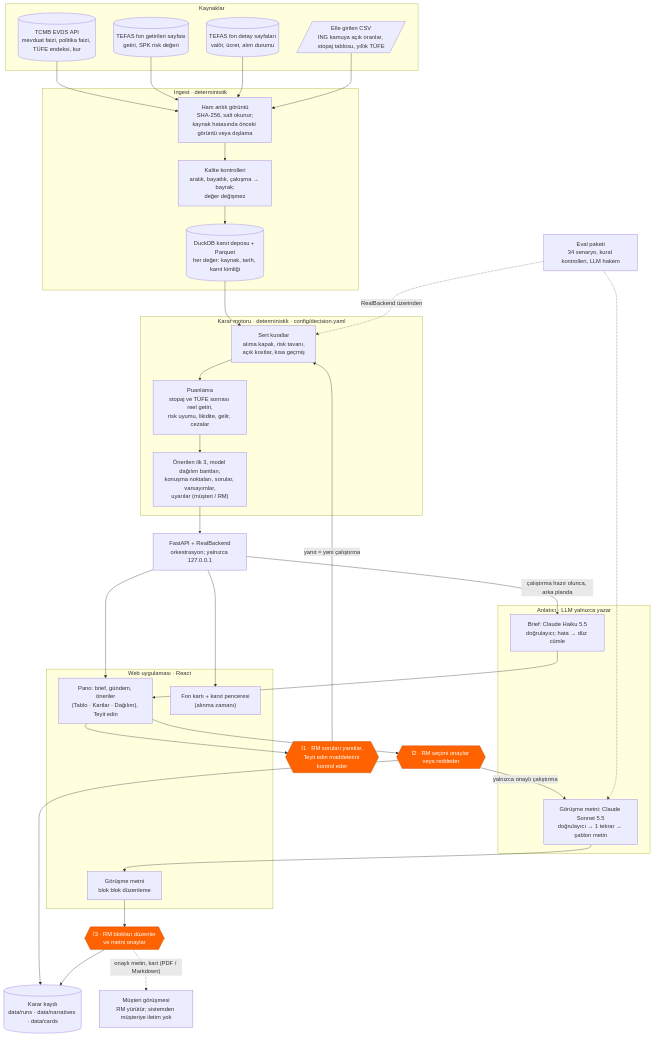
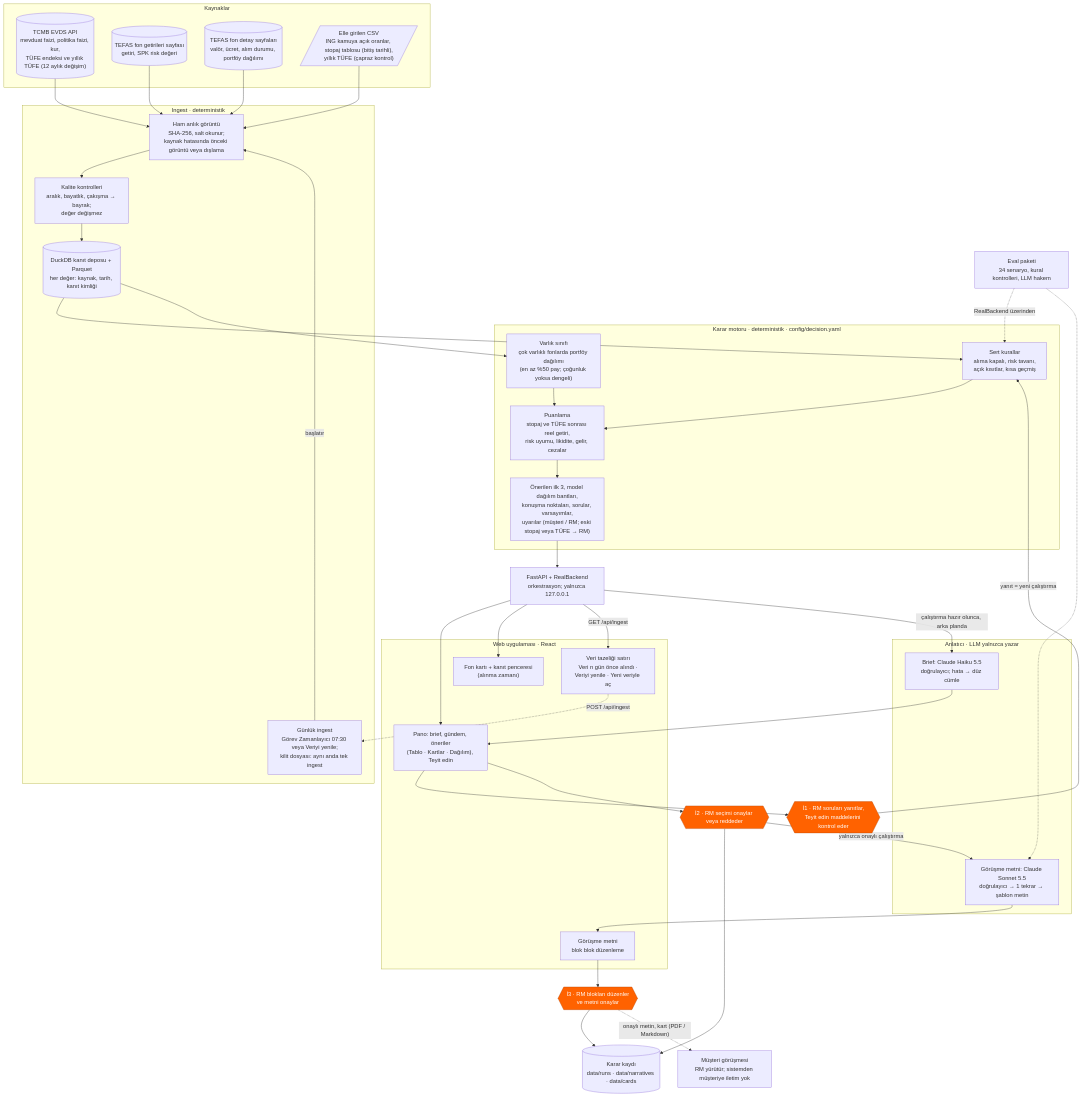
The diagram in docs/teslim/04-cozum-tasarimi.md (ArdahanDogru/ing-hackathon-rm-prep), drawn with Mermaid before and after one commit. The commit also changed other lines of this file and 4 other files, not shown here.

````diff
--- a/docs/teslim/04-cozum-tasarimi.md
+++ b/docs/teslim/04-cozum-tasarimi.md
@@ -16,57 +17,64 @@
 ```mermaid
 flowchart TB
     subgraph SRC["Kaynaklar"]
-        EVDS[("TCMB EVDS API<br/>mevduat faizi, politika faizi, TÜFE endeksi, kur")]
+        EVDS[("TCMB EVDS API<br/>mevduat faizi, politika faizi, kur,<br/>TÜFE endeksi ve yıllık TÜFE (12 aylık değişim)")]
         TW[("TEFAS fon getirileri sayfası<br/>getiri, SPK risk değeri")]
-        TD[("TEFAS fon detay sayfaları<br/>valör, ücret, alım durumu")]
-        MAN[/"Elle girilen CSV<br/>ING kamuya açık oranlar, stopaj tablosu, yıllık TÜFE"/]
+        TD[("TEFAS fon detay sayfaları<br/>valör, ücret, alım durumu, portföy dağılımı")]
+        MAN[/"Elle girilen CSV<br/>ING kamuya açık oranlar, stopaj tablosu (bitiş tarihli),<br/>yıllık TÜFE (çapraz kontrol)"/]
     end
 
     subgraph ING["Ingest · deterministik"]
+        JOB["Günlük ingest<br/>Görev Zamanlayıcı 07:30 veya Veriyi yenile;<br/>kilit dosyası: aynı anda tek ingest"]
         SNAP["Ham anlık görüntü<br/>SHA-256, salt okunur;<br/>kaynak hatasında önceki görüntü veya dışlama"]
         QC["Kalite kontrolleri<br/>aralık, bayatlık, çakışma → bayrak;<br/>değer değişmez"]
         DB[("DuckDB kanıt deposu + Parquet<br/>her değer: kaynak, tarih, kanıt kimliği")]
     end
 
     subgraph DEC["Karar motoru · deterministik · config/decision.yaml"]
         RULES["Sert kurallar<br/>alıma kapalı, risk tavanı,<br/>açık kısıtlar, kısa geçmiş"]
+        CLS["Varlık sınıfı<br/>çok varlıklı fonlarda portföy dağılımı<br/>(en az %50 pay; çoğunluk yoksa dengeli)"]
         SCORE["Puanlama<br/>stopaj ve TÜFE sonrası reel getiri,<br/>risk uyumu, likidite, gelir, cezalar"]
-        OUT["Önerilen ilk 3, model dağılım bantları,<br/>konuşma noktaları, sorular, varsayımlar,<br/>uyarılar (müşteri / RM)"]
+        OUT["Önerilen ilk 3, model dağılım bantları,<br/>konuşma noktaları, sorular, varsayımlar,<br/>uyarılar (müşteri / RM; eski stopaj veya TÜFE → RM)"]
     end
 
     API["FastAPI + RealBackend<br/>orkestrasyon; yalnızca 127.0.0.1"]
 
     subgraph NAR["Anlatıcı · LLM yalnızca yazar"]
         BRIEF["Brief: Claude Haiku 5.5<br/>doğrulayıcı; hata → düz cümle"]
         TEXT["Görüşme metni: Claude Sonnet 5.5<br/>doğrulayıcı → 1 tekrar → şablon metin"]
     end
 
     subgraph WEB["Web uygulaması · React"]
+        FRESH["Veri tazeliği satırı<br/>Veri n gün önce alındı ·<br/>Veriyi yenile · Yeni veriyle aç"]
         DASH["Pano: brief, gündem, öneriler<br/>(Tablo · Kartlar · Dağılım), Teyit edin"]
         FUND["Fon kartı + kanıt penceresi<br/>(alınma zamanı)"]
         MT["Görüşme metni<br/>blok blok düzenleme"]
     end
 
     H1{{"İ1 · RM soruları yanıtlar,<br/>Teyit edin maddelerini kontrol eder"}}
     H2{{"İ2 · RM seçimi onaylar veya reddeder"}}
     H3{{"İ3 · RM blokları düzenler<br/>ve metni onaylar"}}
     REC[("Karar kaydı<br/>data/runs · data/narratives · data/cards")]
     CLIENT["Müşteri görüşmesi<br/>RM yürütür; sistemden müşteriye iletim yok"]
     EVAL["Eval paketi<br/>34 senaryo, kural kontrolleri, LLM hakem"]
 
+    JOB -- "başlatır" --> SNAP
     EVDS & TW & TD & MAN --> SNAP --> QC --> DB
     DB --> RULES --> SCORE --> OUT --> API
+    DB --> CLS --> SCORE
     API --> DASH & FUND
+    API -- "GET /api/ingest" --> FRESH
+    FRESH -. "POST /api/ingest" .-> JOB
     API -- "çalıştırma hazır olunca, arka planda" --> BRIEF --> DASH
     DASH --> H1 -- "yanıt = yeni çalıştırma" --> RULES
     DASH --> H2
     H2 -- "yalnızca onaylı çalıştırma" --> TEXT --> MT --> H3
     H2 --> REC
     H3 --> REC
     H3 -. "onaylı metin, kart (PDF / Markdown)" .-> CLIENT
     EVAL -. "RealBackend üzerinden" .-> RULES
     EVAL -.-> TEXT
 
     classDef human fill:#FF6200,color:#fff,stroke:#B34400
     class H1,H2,H3 human
 ```
````
